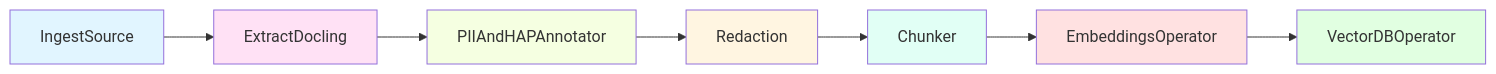
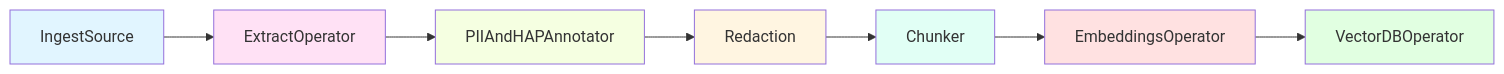
One commit to anupvarma007-ui/datasift-opensource changed diagram 19 of 27 in ARCHITECTURE.md. Above: the diagram before and after it, drawn with Mermaid. The commit also changed other lines of this file and 20 other files, not shown here.

First line of the commit message:
Add LiteLLM support for entity extraction in ExtractOperator (#257)

````diff
--- a/ARCHITECTURE.md
+++ b/ARCHITECTURE.md
@@ -1446,17 +1445,17 @@
 ```mermaid
 graph LR
-    A[IngestSource] --> B[ExtractDocling]
+    A[IngestSource] --> B[ExtractOperator]
     B --> C[PIIAndHAPAnnotator]
     C --> D[Redaction]
     D --> E[Chunker]
     E --> F[EmbeddingsOperator]
     F --> G[VectorDBOperator]
 
     style A fill:#e1f5ff
     style B fill:#ffe1f5
     style C fill:#f5ffe1
     style D fill:#fff5e1
     style E fill:#e1fff5
     style F fill:#ffe1e1
     style G fill:#e1ffe1
 ```
````
